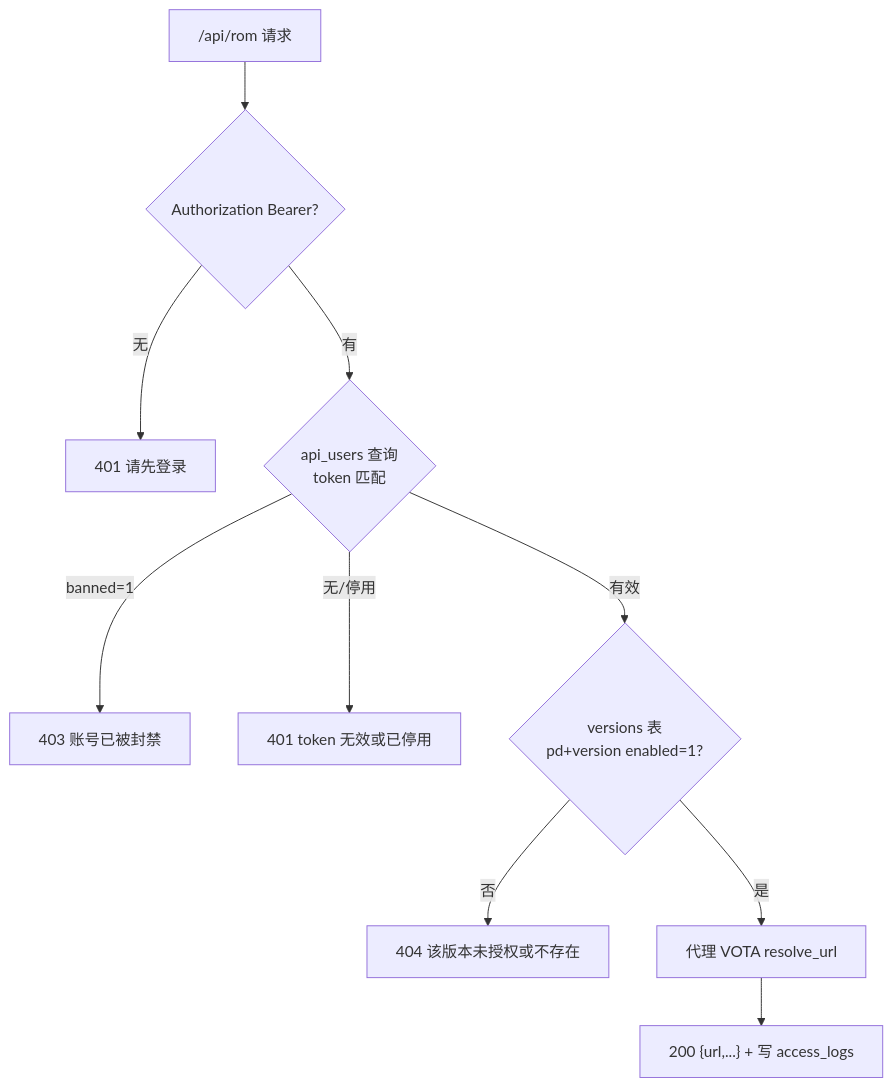
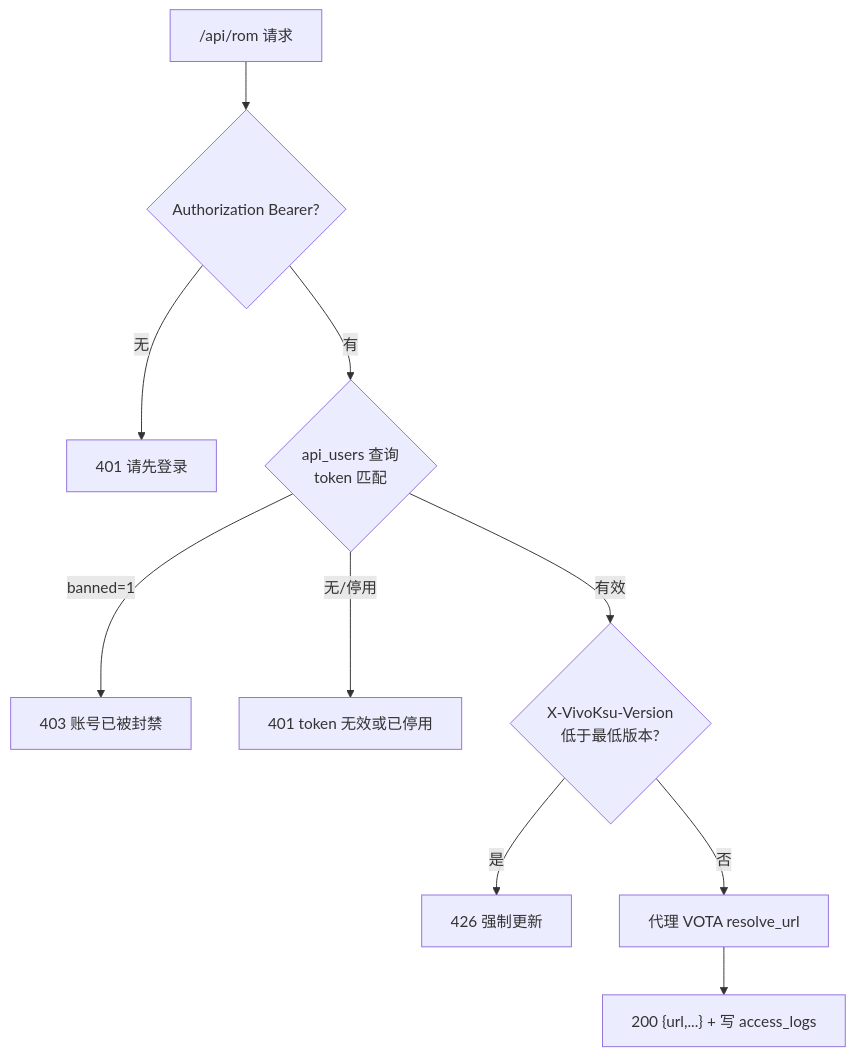
One commit to xxz13352/VivoKsu changed the eighth of 11 diagrams in docs/architecture.md. Above: the diagram before and after it, drawn with Mermaid. The commit also changed other lines of this file and 19 other files, not shown here.

First line of the commit message:
feat: VivoKsu 版本控制 + 强制更新(替换 ROM 白名单)

````diff
--- a/docs/architecture.md
+++ b/docs/architecture.md
@@ -351,12 +352,12 @@
 ```mermaid
 flowchart TD
     R["/api/rom 请求"] --> A{Authorization Bearer?}
     A -->|无| 401["401 请先登录"]
     A -->|有| B{api_users 查询<br/>token 匹配}
     B -->|无/停用| 401B["401 token 无效或已停用"]
     B -->|banned=1| 403["403 账号已被封禁"]
-    B -->|有效| C{versions 表<br/>pd+version enabled=1?}
-    C -->|否| 404["404 该版本未授权或不存在"]
-    C -->|是| D["代理 VOTA resolve_url"]
+    B -->|有效| V{"X-VivoKsu-Version<br/>低于最低版本?"}
+    V -->|是| 426["426 强制更新"]
+    V -->|否| D["代理 VOTA resolve_url"]
     D --> E["200 {url,...} + 写 access_logs"]
 ```
````
